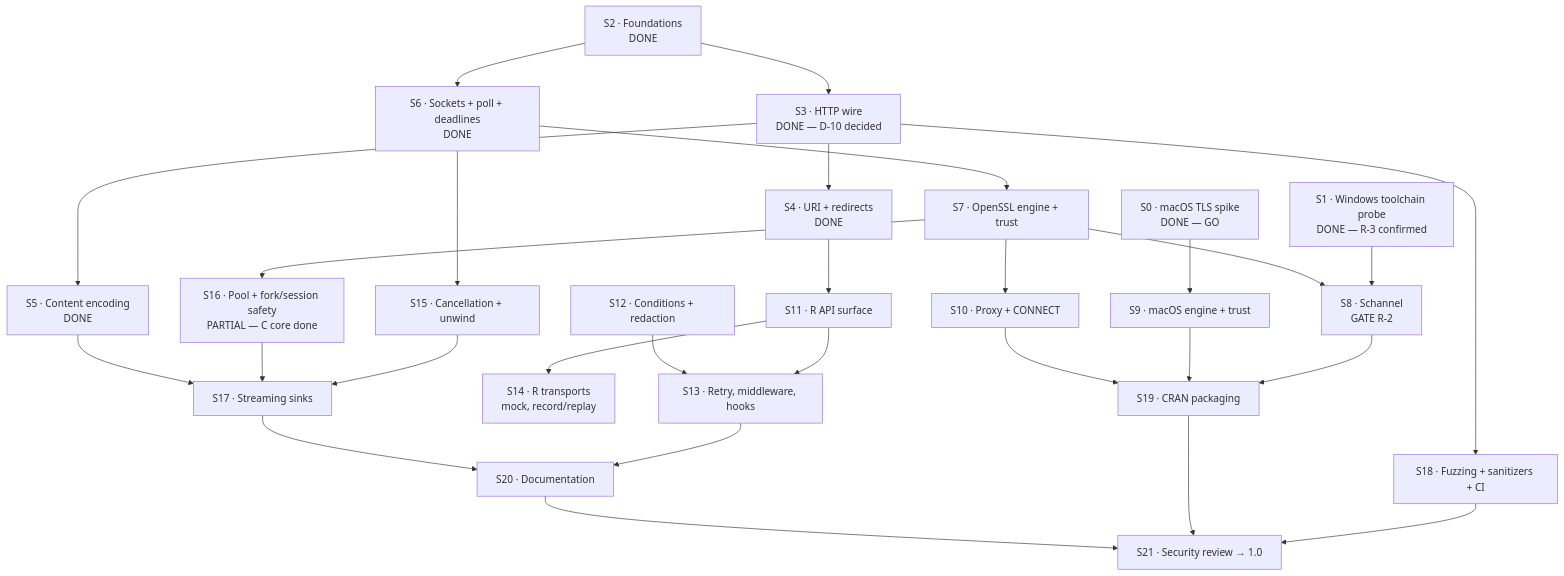
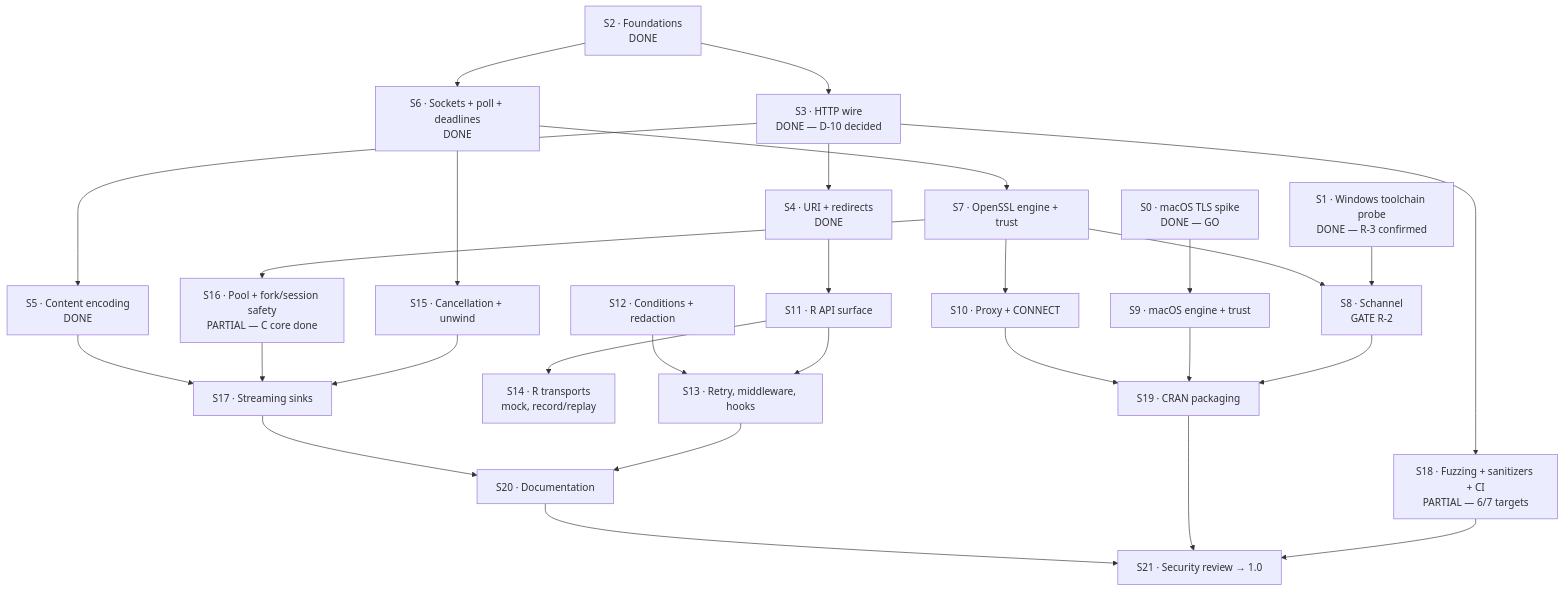
Before and after one commit to pedrobtz/zuhttp: the diagram in roadmap.md, drawn with Mermaid. The commit also changed other lines of this file and 99 other files, not shown here.

````diff
--- a/roadmap.md
+++ b/roadmap.md
@@ -28,58 +28,58 @@
 ```mermaid
 graph TD
     S0["S0 · macOS TLS spike<br/>DONE — GO"]
     S1["S1 · Windows toolchain probe<br/>DONE — R-3 confirmed"]
 
     S2["S2 · Foundations<br/>DONE"]
     S3["S3 · HTTP wire<br/>DONE — D-10 decided"]
     S4["S4 · URI + redirects<br/>DONE"]
     S5["S5 · Content encoding<br/>DONE"]
 
     S6["S6 · Sockets + poll + deadlines<br/>DONE"]
     S7["S7 · OpenSSL engine + trust"]
     S8["S8 · Schannel<br/>GATE R-2"]
     S9["S9 · macOS engine + trust"]
     S10["S10 · Proxy + CONNECT"]
 
     S11["S11 · R API surface"]
     S12["S12 · Conditions + redaction"]
     S13["S13 · Retry, middleware, hooks"]
     S14["S14 · R transports<br/>mock, record/replay"]
 
     S15["S15 · Cancellation + unwind"]
     S16["S16 · Pool + fork/session safety<br/>PARTIAL — C core done"]
     S17["S17 · Streaming sinks"]
 
-    S18["S18 · Fuzzing + sanitizers + CI"]
+    S18["S18 · Fuzzing + sanitizers + CI<br/>PARTIAL — 6/7 targets"]
     S19["S19 · CRAN packaging"]
     S20["S20 · Documentation"]
     S21["S21 · Security review → 1.0"]
 
     S0 --> S9
     S1 --> S8
     S2 --> S3
     S2 --> S6
     S3 --> S4
     S3 --> S5
     S3 --> S18
     S6 --> S7
     S6 --> S15
     S7 --> S8
     S7 --> S10
     S7 --> S16
     S8 --> S19
     S9 --> S19
     S4 --> S11
     S11 --> S13
     S12 --> S13
     S11 --> S14
     S15 --> S17
     S16 --> S17
     S13 --> S20
     S17 --> S20
     S18 --> S21
     S19 --> S21
     S20 --> S21
     S10 --> S19
     S5 --> S17
 ```
````
